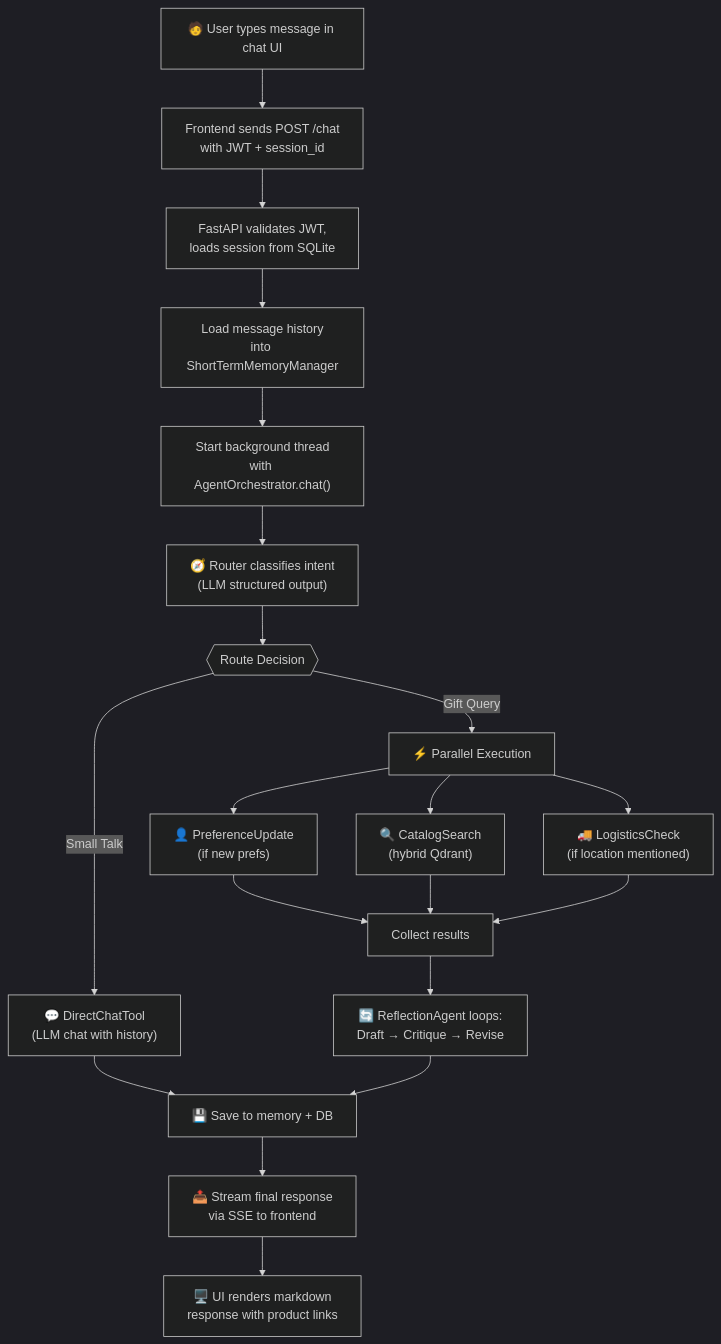
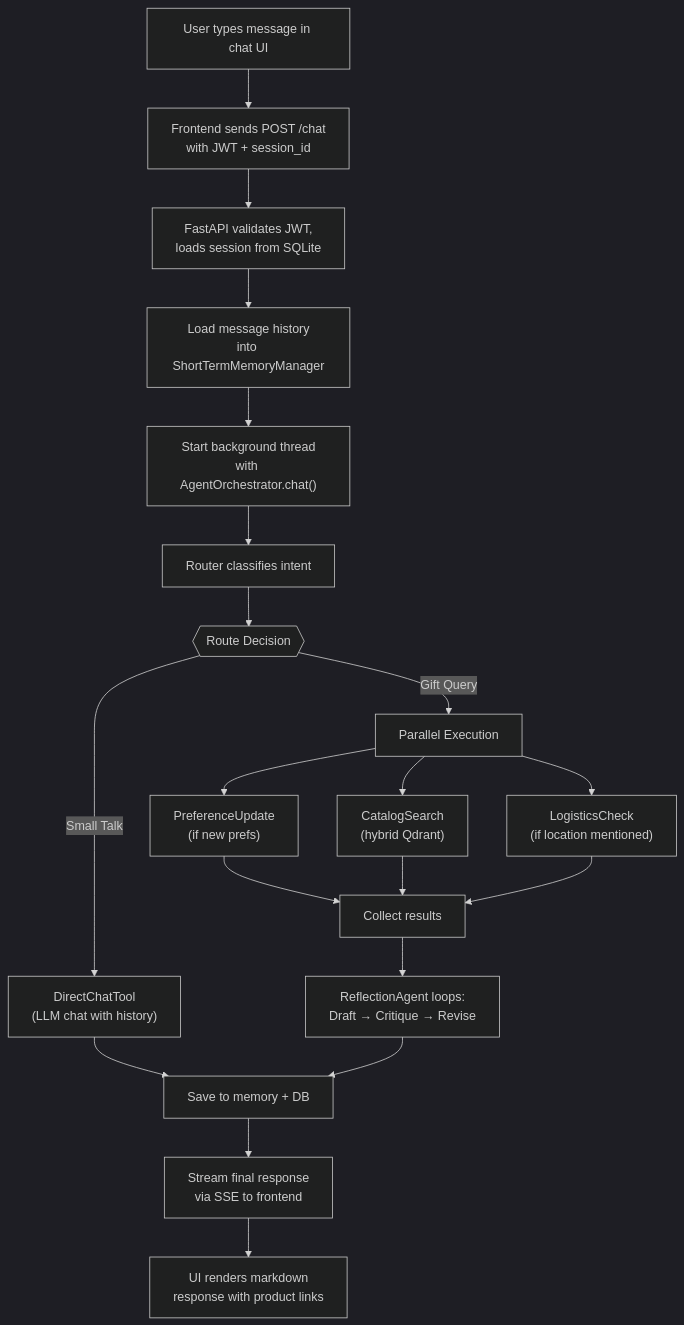
One commit to AsinduDeSilva/kapruka-gift-concierge changed the fourth of 4 diagrams in README.md. Above: the diagram before and after it, drawn with Mermaid (dark theme). The commit also changed other lines of this file and 3 other files, not shown here.

````diff
--- a/README.md
+++ b/README.md
@@ -123,28 +123,28 @@
 ```mermaid
 flowchart TD
-    A["🧑 User types message in chat UI"] --> B["Frontend sends POST /chat<br/>with JWT + session_id"]
+    A["User types message in chat UI"] --> B["Frontend sends POST /chat<br/>with JWT + session_id"]
     B --> C["FastAPI validates JWT,<br/>loads session from SQLite"]
     C --> D["Load message history<br/>into ShortTermMemoryManager"]
     D --> E["Start background thread<br/>with AgentOrchestrator.chat()"]
-    E --> F["🧭 Router classifies intent<br/>(LLM structured output)"]
+    E --> F["Router classifies intent"]
     F --> G{{"Route Decision"}}
     
-    G -->|"Small Talk"| H["💬 DirectChatTool<br/>(LLM chat with history)"]
-    G -->|"Gift Query"| I["⚡ Parallel Execution"]
+    G -->|"Small Talk"| H["DirectChatTool<br/>(LLM chat with history)"]
+    G -->|"Gift Query"| I["Parallel Execution"]
     
-    I --> I1["👤 PreferenceUpdate<br/>(if new prefs)"]
-    I --> I2["🔍 CatalogSearch<br/>(hybrid Qdrant)"]
-    I --> I3["🚚 LogisticsCheck<br/>(if location mentioned)"]
+    I --> I1["PreferenceUpdate<br/>(if new prefs)"]
+    I --> I2["CatalogSearch<br/>(hybrid Qdrant)"]
+    I --> I3["LogisticsCheck<br/>(if location mentioned)"]
     
     I1 --> J["Collect results"]
     I2 --> J
     I3 --> J
     
-    J --> K["🔄 ReflectionAgent loops:<br/>Draft → Critique → Revise"]
+    J --> K["ReflectionAgent loops:<br/>Draft → Critique → Revise"]
     
-    H --> L["💾 Save to memory + DB"]
+    H --> L["Save to memory + DB"]
     K --> L
     
-    L --> M["📤 Stream final response<br/>via SSE to frontend"]
-    M --> N["🖥️ UI renders markdown<br/>response with product links"]
+    L --> M["Stream final response<br/>via SSE to frontend"]
+    M --> N["UI renders markdown<br/>response with product links"]
 ```
````
